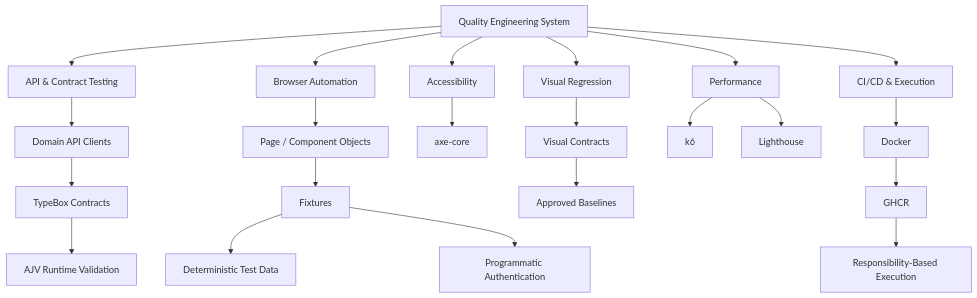
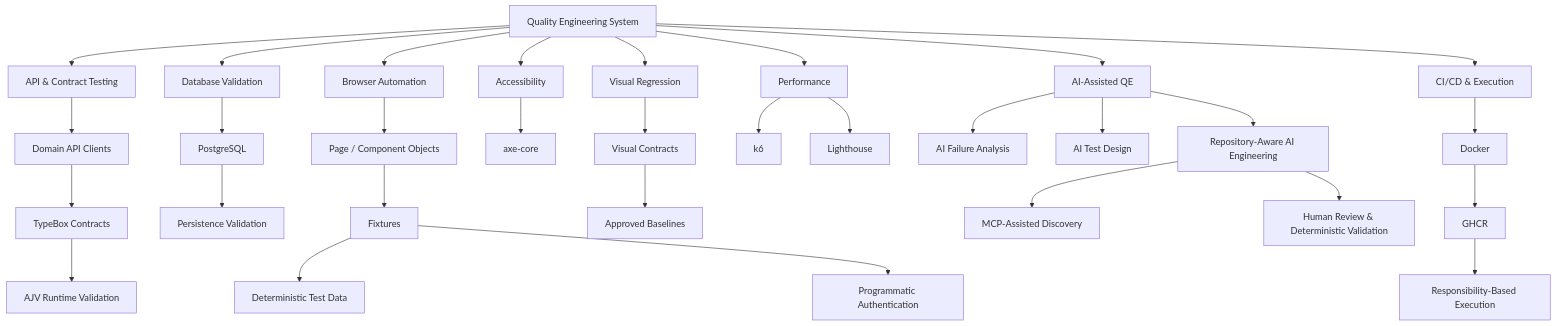
One commit to szabihudak/quality-engineering-showcase changed the diagram in docs/ARCHITECTURE.md. Above: the diagram before and after it, drawn with Mermaid. The commit also changed other lines of this file, not shown here.

First line of the commit message:
Enhance architecture documentation with AI and database details

````diff
--- a/docs/ARCHITECTURE.md
+++ b/docs/ARCHITECTURE.md
@@ -26,32 +27,43 @@
 ```mermaid
 flowchart TD
     QE[Quality Engineering System]
 
     QE --> API[API & Contract Testing]
+    QE --> DB[Database Validation]
     QE --> UI[Browser Automation]
     QE --> AX[Accessibility]
     QE --> VR[Visual Regression]
     QE --> PERF[Performance]
+    QE --> AI[AI-Assisted QE]
     QE --> CICD[CI/CD & Execution]
 
     API --> CLIENT[Domain API Clients]
     CLIENT --> CONTRACT[TypeBox Contracts]
     CONTRACT --> AJV[AJV Runtime Validation]
+
+    DB --> PG[PostgreSQL]
+    PG --> PERSIST[Persistence Validation]
 
     UI --> OBJECTS[Page / Component Objects]
     OBJECTS --> FIX[Fixtures]
     FIX --> DATA[Deterministic Test Data]
     FIX --> AUTH[Programmatic Authentication]
 
     AX --> AXE[axe-core]
 
     VR --> SNAP[Visual Contracts]
     SNAP --> BASE[Approved Baselines]
 
     PERF --> K6[k6]
     PERF --> LH[Lighthouse]
 
+    AI --> AIFA[AI Failure Analysis]
+    AI --> AITD[AI Test Design]
+    AI --> AIDEV[Repository-Aware AI Engineering]
+    AIDEV --> MCP[MCP-Assisted Discovery]
+    AIDEV --> HUMAN[Human Review & Deterministic Validation]
+
     CICD --> DOCKER[Docker]
     DOCKER --> GHCR[GHCR]
     GHCR --> JOBS[Responsibility-Based Execution]
 ```
````
